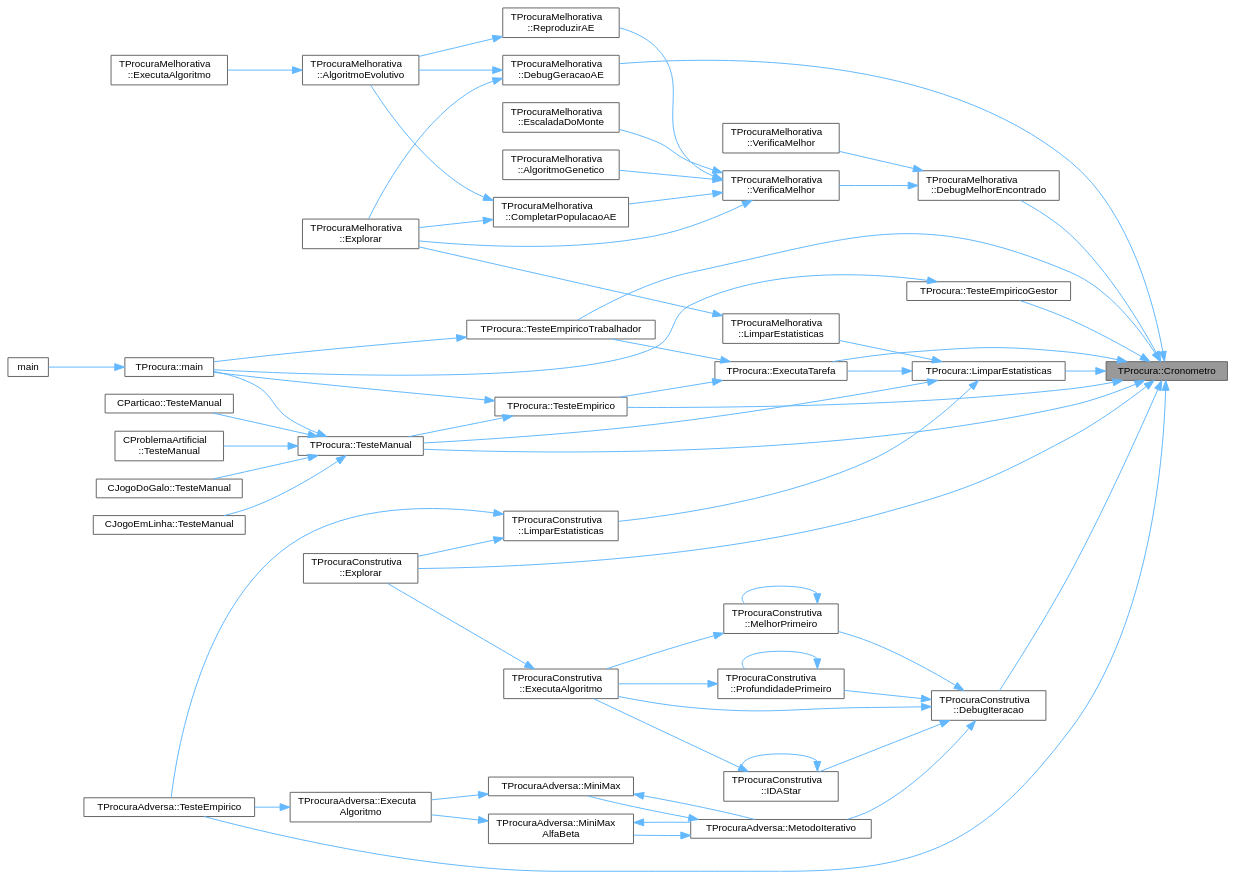
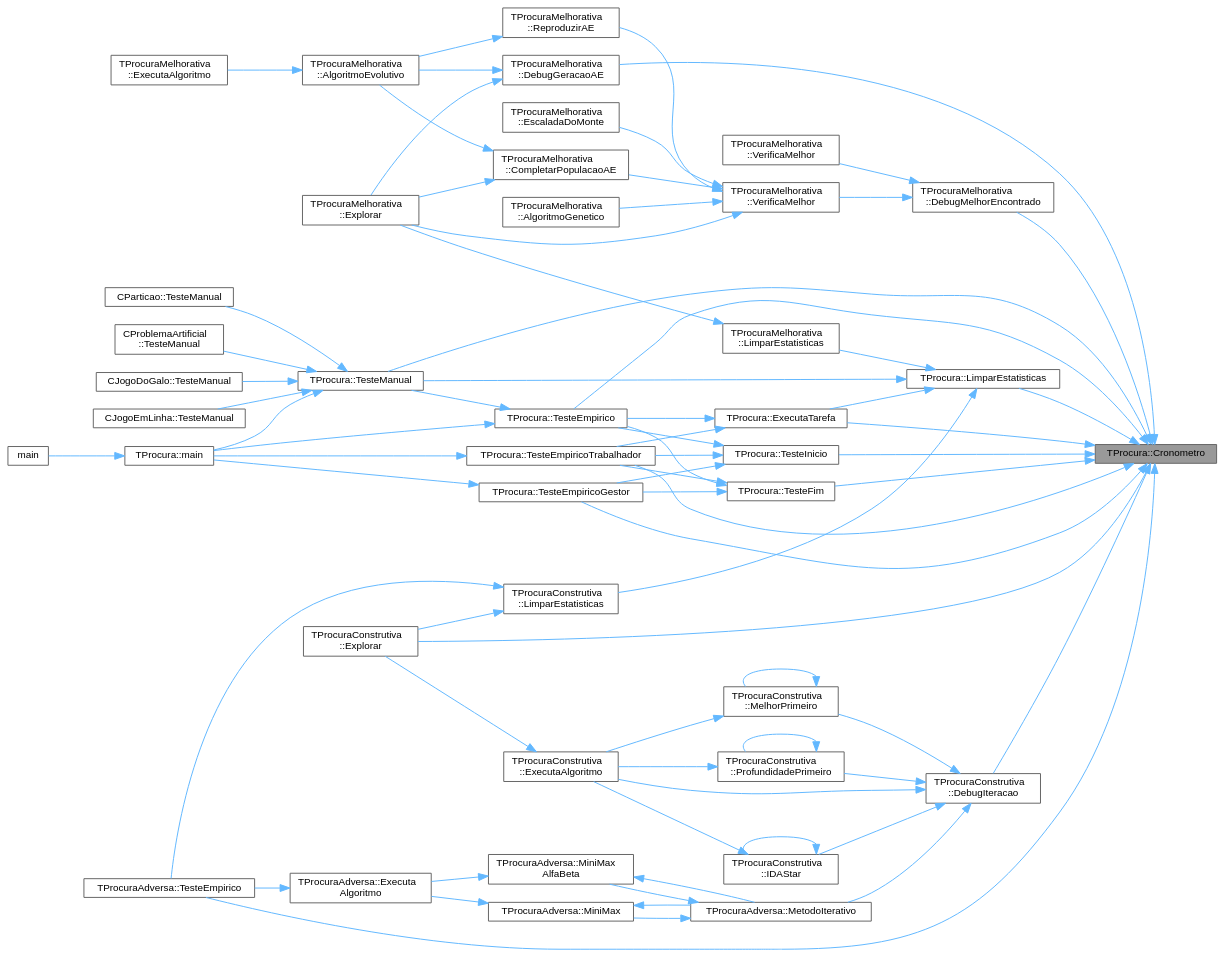
The diagram in classTProcura_adb09aa964fe750da7a383318cd0f48a0_icgraph.dot (jcoelho72/TProcura), drawn with Graphviz before and after one commit. The commit also changed 238 other files, not shown here.

```diff
--- a/classTProcura_adb09aa964fe750da7a383318cd0f48a0_icgraph.dot
+++ b/classTProcura_adb09aa964fe750da7a383318cd0f48a0_icgraph.dot
@@ -103,5 +103,15 @@
   Node37 [id="Node000037",label="TProcura::TesteEmpiricoGestor",height=0.2,width=0.4,color="grey40", fillcolor="white", style="filled",URL="$classTProcura.html#afd7217164b5ffce15f1949138f469fdb",tooltip="Teste empírico com modo mestre-escravo (este é o mestre)"];
   Node37 -> Node26 [id="edge60_Node000037_Node000026",dir="back",color="steelblue1",style="solid",tooltip=" "];
   Node1 -> Node33 [id="edge61_Node000001_Node000033",dir="back",color="steelblue1",style="solid",tooltip=" "];
-  Node1 -> Node28 [id="edge62_Node000001_Node000028",dir="back",color="steelblue1",style="solid",tooltip=" "];
+  Node1 -> Node38 [id="edge62_Node000001_Node000038",dir="back",color="steelblue1",style="solid",tooltip=" "];
+  Node38 [id="Node000038",label="TProcura::TesteFim",height=0.2,width=0.4,color="grey40", fillcolor="white", style="filled",URL="$classTProcura.html#aacb98ca4aa5bbc4db469bb5329e58434",tooltip=" "];
+  Node38 -> Node25 [id="edge63_Node000038_Node000025",dir="back",color="steelblue1",style="solid",tooltip=" "];
+  Node38 -> Node37 [id="edge64_Node000038_Node000037",dir="back",color="steelblue1",style="solid",tooltip=" "];
+  Node38 -> Node33 [id="edge65_Node000038_Node000033",dir="back",color="steelblue1",style="solid",tooltip=" "];
+  Node1 -> Node39 [id="edge66_Node000001_Node000039",dir="back",color="steelblue1",style="solid",tooltip=" "];
+  Node39 [id="Node000039",label="TProcura::TesteInicio",height=0.2,width=0.4,color="grey40", fillcolor="white", style="filled",URL="$classTProcura.html#a577697338460038138738e87157166af",tooltip="arranque de teste, auxiliar aos Testes Empíricos"];
+  Node39 -> Node25 [id="edge67_Node000039_Node000025",dir="back",color="steelblue1",style="solid",tooltip=" "];
+  Node39 -> Node37 [id="edge68_Node000039_Node000037",dir="back",color="steelblue1",style="solid",tooltip=" "];
+  Node39 -> Node33 [id="edge69_Node000039_Node000033",dir="back",color="steelblue1",style="solid",tooltip=" "];
+  Node1 -> Node28 [id="edge70_Node000001_Node000028",dir="back",color="steelblue1",style="solid",tooltip=" "];
 }
```
